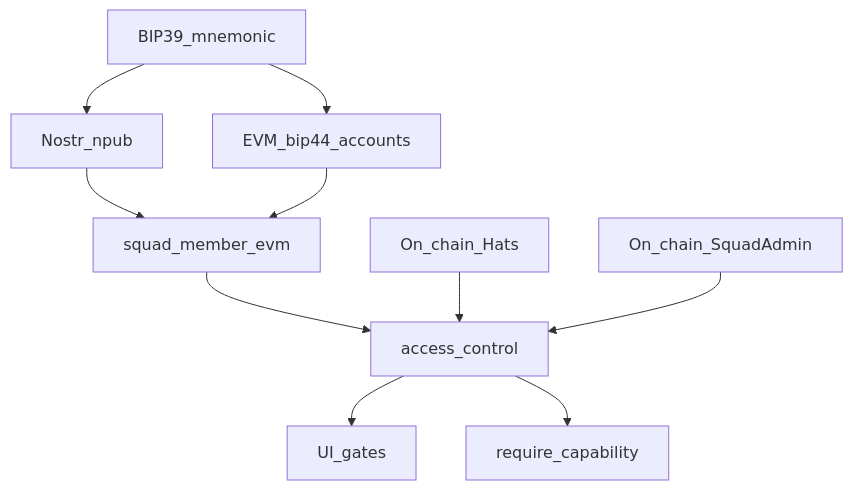
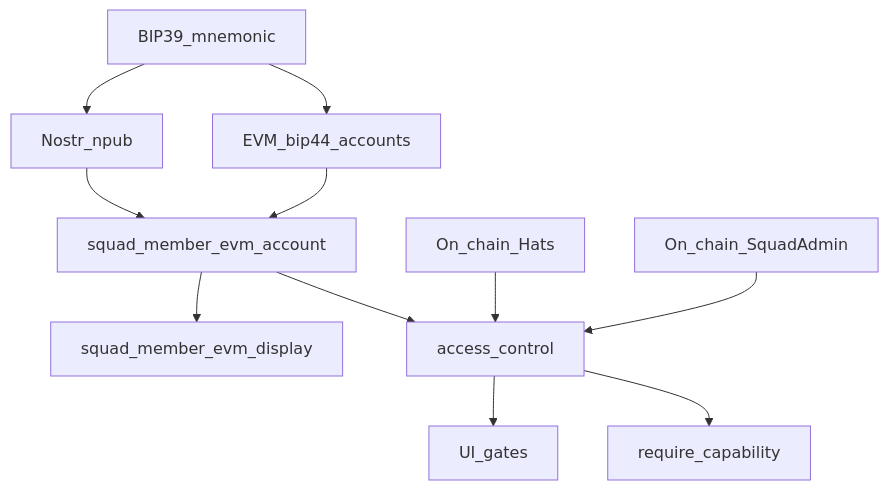
Before and after one commit to covenant-gov/pacto-app: the diagram in docs/governance/ACCESS_CONTROL.md, drawn with Mermaid. The commit also changed other lines of this file and 86 other files, not shown here.

````diff
--- a/docs/governance/ACCESS_CONTROL.md
+++ b/docs/governance/ACCESS_CONTROL.md
@@ -14,19 +14,21 @@
 ```mermaid
 flowchart TD
   mnemonic[BIP39_mnemonic]
   nostr[Nostr_npub]
   evmKeys[EVM_bip44_accounts]
-  roster[squad_member_evm]
+  binding[squad_member_evm_account]
+  share[squad_member_evm_display]
   hats[On_chain_Hats]
   squadAdmin[On_chain_SquadAdmin]
   acl[access_control]
   mnemonic --> nostr
   mnemonic --> evmKeys
-  nostr --> roster
-  evmKeys --> roster
-  roster --> acl
+  nostr --> binding
+  evmKeys --> binding
+  binding --> acl
+  binding --> share
   hats --> acl
   squadAdmin --> acl
   acl --> uiGates[UI_gates]
   acl --> rustPreflight[require_capability]
 ```
````
